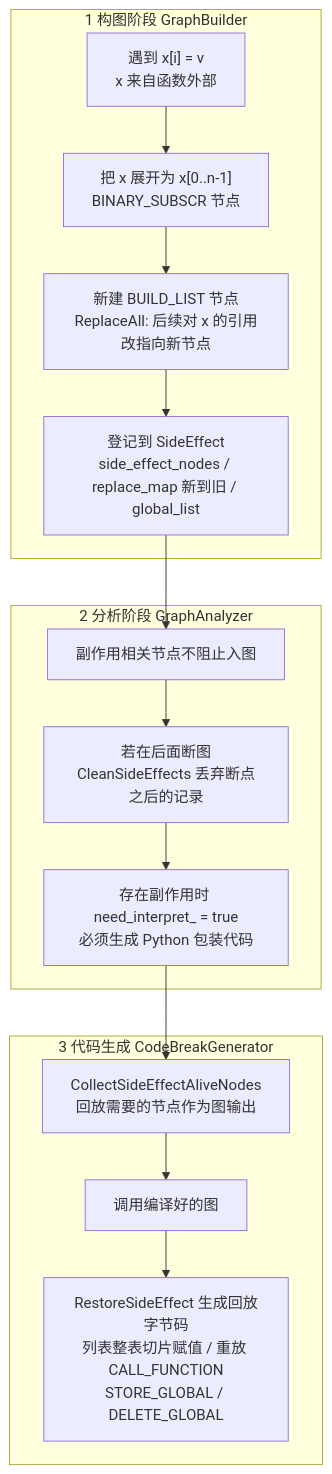
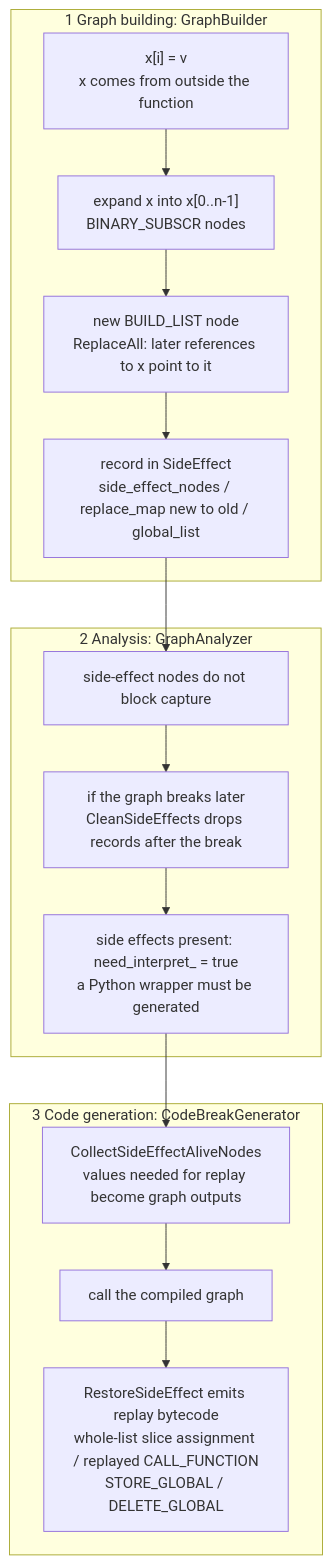
The second of 2 diagrams in README.md (YUNPUWU/mindspore-pijit-contributions), drawn with Mermaid before and after one commit. The commit also changed other lines of this file and 2 other files, not shown here.

````diff
--- a/README.md
+++ b/README.md
@@ -76,18 +78,18 @@
 ```mermaid
 flowchart TB
-    subgraph B["1 构图阶段 GraphBuilder"]
-      B1["遇到 x[i] = v<br/>x 来自函数外部"] --> B2["把 x 展开为 x[0..n-1]<br/>BINARY_SUBSCR 节点"]
-      B2 --> B3["新建 BUILD_LIST 节点<br/>ReplaceAll: 后续对 x 的引用改指向新节点"]
-      B3 --> B4["登记到 SideEffect<br/>side_effect_nodes / replace_map 新到旧 / global_list"]
+    subgraph B["1 Graph building: GraphBuilder"]
+      B1["x[i] = v<br/>x comes from outside the function"] --> B2["expand x into x[0..n-1]<br/>BINARY_SUBSCR nodes"]
+      B2 --> B3["new BUILD_LIST node<br/>ReplaceAll: later references to x point to it"]
+      B3 --> B4["record in SideEffect<br/>side_effect_nodes / replace_map new to old / global_list"]
     end
-    subgraph A["2 分析阶段 GraphAnalyzer"]
-      A1["副作用相关节点不阻止入图"] --> A2["若在后面断图<br/>CleanSideEffects 丢弃断点之后的记录"]
-      A2 --> A3["存在副作用时 need_interpret_ = true<br/>必须生成 Python 包装代码"]
+    subgraph A["2 Analysis: GraphAnalyzer"]
+      A1["side-effect nodes do not block capture"] --> A2["if the graph breaks later<br/>CleanSideEffects drops records after the break"]
+      A2 --> A3["side effects present: need_interpret_ = true<br/>a Python wrapper must be generated"]
     end
-    subgraph C["3 代码生成 CodeBreakGenerator"]
-      C1["CollectSideEffectAliveNodes<br/>回放需要的节点作为图输出"] --> C2["调用编译好的图"]
-      C2 --> C3["RestoreSideEffect 生成回放字节码<br/>列表整表切片赋值 / 重放 CALL_FUNCTION<br/>STORE_GLOBAL / DELETE_GLOBAL"]
+    subgraph C["3 Code generation: CodeBreakGenerator"]
+      C1["CollectSideEffectAliveNodes<br/>values needed for replay become graph outputs"] --> C2["call the compiled graph"]
+      C2 --> C3["RestoreSideEffect emits replay bytecode<br/>whole-list slice assignment / replayed CALL_FUNCTION<br/>STORE_GLOBAL / DELETE_GLOBAL"]
     end
     B4 --> A1
     A3 --> C1
 ```
````
